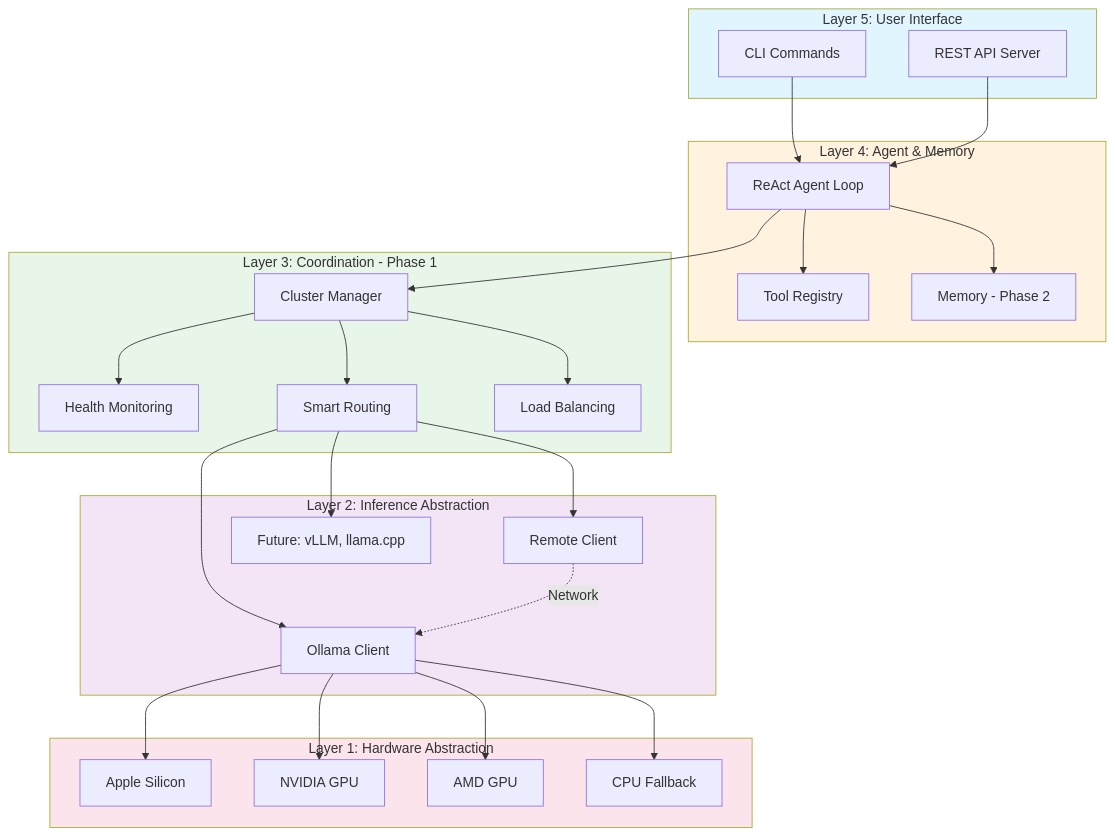
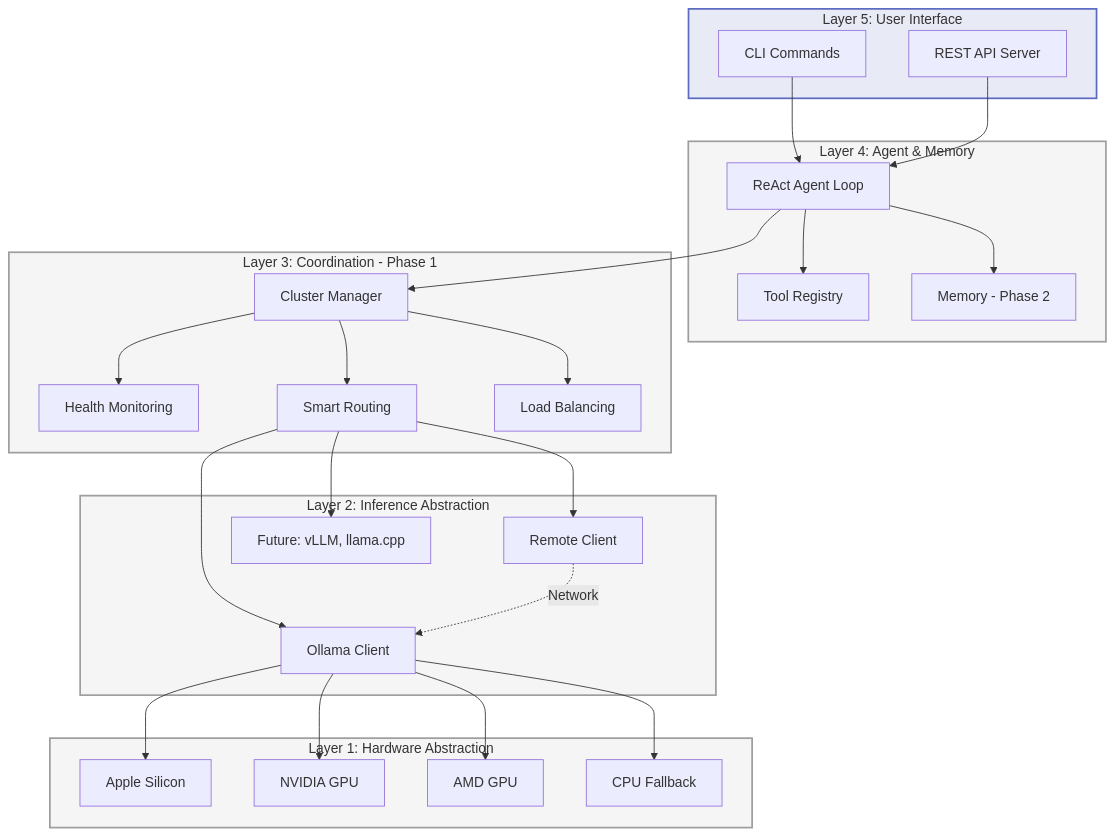
One commit to smallthinkingmachines/harombe changed the second of 2 diagrams in README.md. Above: the diagram before and after it, drawn with Mermaid. The commit also changed other lines of this file and 6 other files, not shown here.

````diff
--- a/README.md
+++ b/README.md
@@ -298,56 +298,56 @@
 ```mermaid
 graph TB
     subgraph UI["Layer 5: User Interface"]
         CLI[CLI Commands]
         API[REST API Server]
     end
 
     subgraph Agent["Layer 4: Agent & Memory"]
         ReAct[ReAct Agent Loop]
         Tools[Tool Registry]
         Memory[Memory - Phase 2]
     end
 
     subgraph Coord["Layer 3: Coordination - Phase 1"]
         ClusterMgr[Cluster Manager]
         Health[Health Monitoring]
         Router[Smart Routing]
         LoadBal[Load Balancing]
     end
 
     subgraph Inference["Layer 2: Inference Abstraction"]
         OllamaClient[Ollama Client]
         RemoteClient[Remote Client]
         FutureClient[Future: vLLM, llama.cpp]
     end
 
     subgraph Hardware["Layer 1: Hardware Abstraction"]
         Apple[Apple Silicon]
         NVIDIA[NVIDIA GPU]
         AMD[AMD GPU]
         CPU[CPU Fallback]
     end
 
     CLI --> ReAct
     API --> ReAct
     ReAct --> Tools
     ReAct --> Memory
     ReAct --> ClusterMgr
     ClusterMgr --> Health
     ClusterMgr --> Router
     ClusterMgr --> LoadBal
     Router --> OllamaClient
     Router --> RemoteClient
     Router --> FutureClient
     OllamaClient --> Apple
     OllamaClient --> NVIDIA
     OllamaClient --> AMD
     OllamaClient --> CPU
     RemoteClient -.->|Network| OllamaClient
 
-    style UI fill:#e1f5ff
-    style Agent fill:#fff3e0
-    style Coord fill:#e8f5e9
-    style Inference fill:#f3e5f5
-    style Hardware fill:#fce4ec
+    style UI fill:#e8eaf6,stroke:#5c6bc0,stroke-width:2px
+    style Agent fill:#f5f5f5,stroke:#9e9e9e,stroke-width:2px
+    style Coord fill:#f5f5f5,stroke:#9e9e9e,stroke-width:2px
+    style Inference fill:#f5f5f5,stroke:#9e9e9e,stroke-width:2px
+    style Hardware fill:#f5f5f5,stroke:#9e9e9e,stroke-width:2px
 ```
````
